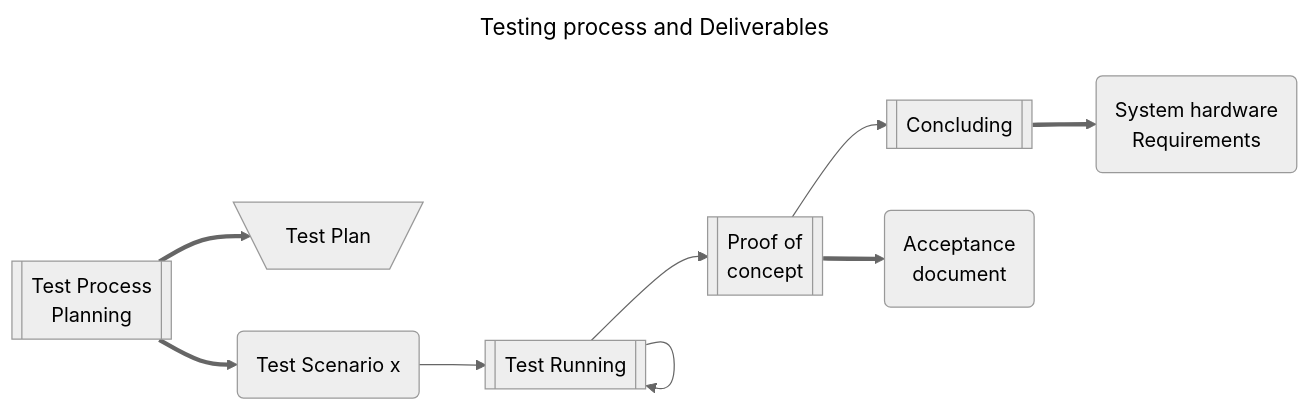
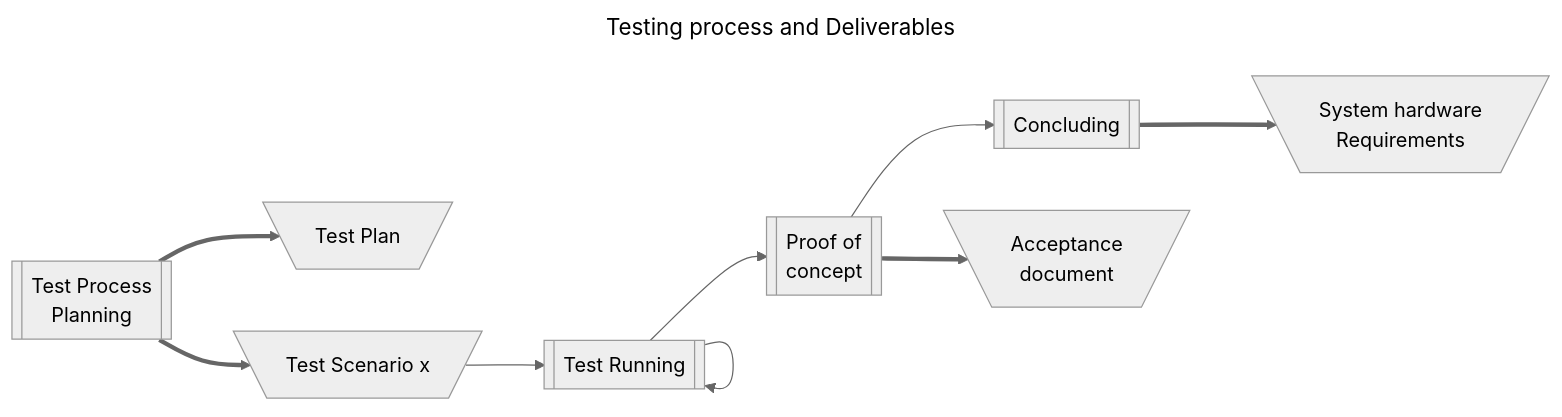
Before and after one commit to petre-renware/sdeven: the second of 2 diagrams in doc_src/SDEVEN.25_SYTEST.md, drawn with Mermaid (neutral theme).

````diff
--- a/doc_src/SDEVEN.25_SYTEST.md
+++ b/doc_src/SDEVEN.25_SYTEST.md
@@ -200,30 +200,30 @@
 ```mermaid
 ---
 title: Testing process and Deliverables
 ---
 flowchart LR
     pln[["Test Process \n Planning"]]
     exec[["Test Running"]]
     poc[["Proof of \n concept"]]
     concl[["Concluding"]]
 
     tpln[\"Test Plan"/]
-    tsce("Test Scenario x")
-    pocdoc("Acceptance \n document")
-    sysrq("System hardware \n Requirements")
+    tsce[\"Test Scenario x"/]
+    pocdoc[\"Acceptance \n document"/]
+    sysrq[\"System hardware \n Requirements"/]
 
 
     pln ==> tpln
     pln ==> tsce
 
     tsce --> exec
     exec --> exec
     exec --> poc
 
     poc --> concl
 
     poc ==> pocdoc
     concl ==> sysrq
 
 
 ```
````
